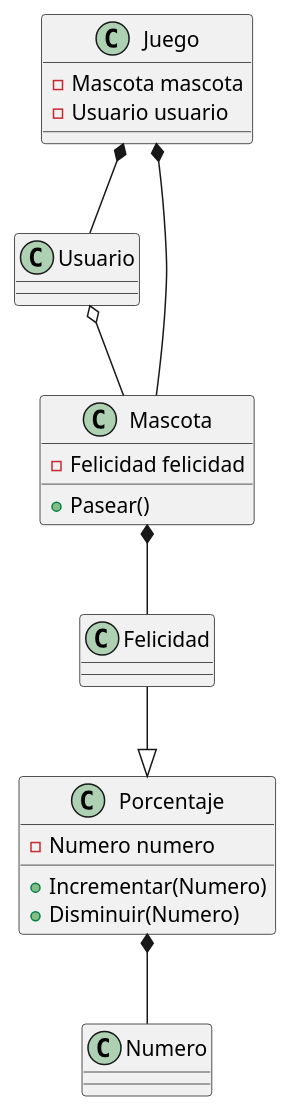
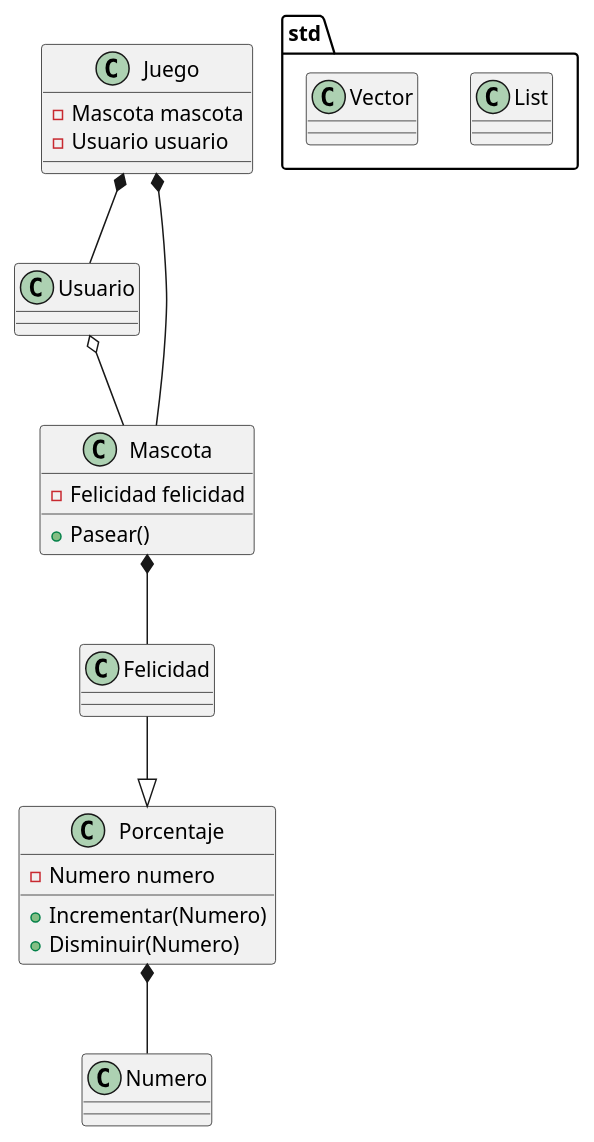
Before and after one commit to Aldowo/mario-bros: the diagram in docs/diagrama.puml, drawn with PlantUML. The commit also changed 5 other files, not shown here.

```diff
--- a/docs/diagrama.puml
+++ b/docs/diagrama.puml
@@ -1,26 +1,32 @@
 @startuml foco
+
+package std{
+class List
+class Vector
+
+}
 
 class Usuario
 class Mascota{
     +Pasear()
     -Felicidad felicidad
 }
 class Juego{
 -Mascota mascota
 -Usuario usuario    
 }
 class Felicidad
 class Porcentaje{
 +Incrementar(Numero)
 +Disminuir(Numero)
 -Numero numero    
 }
 class Numero
 
 Usuario o-- Mascota
 Mascota *-- Felicidad
 Juego *-- Usuario
 Juego *-- Mascota
 Felicidad --|> Porcentaje
 Porcentaje *-- Numero
 @enduml
```
